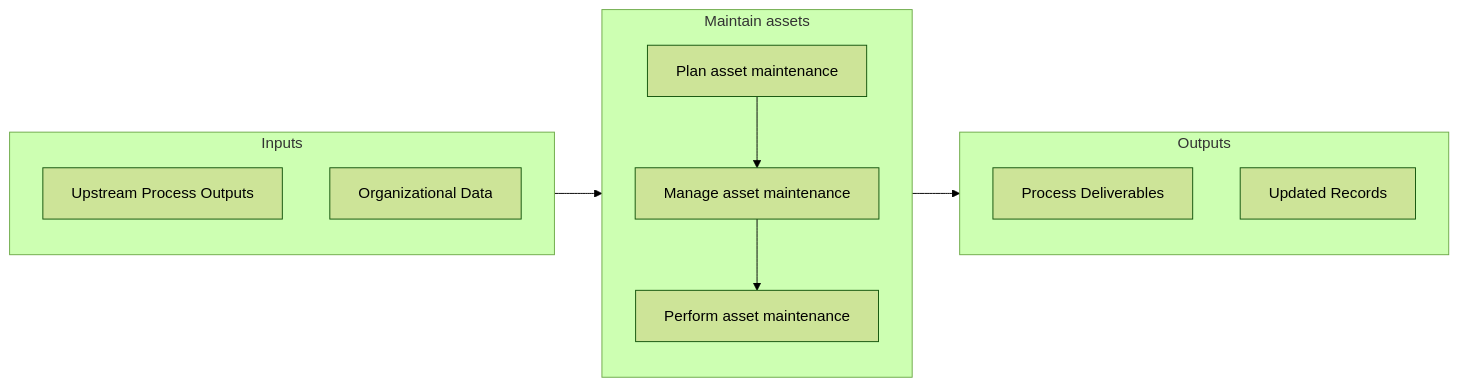
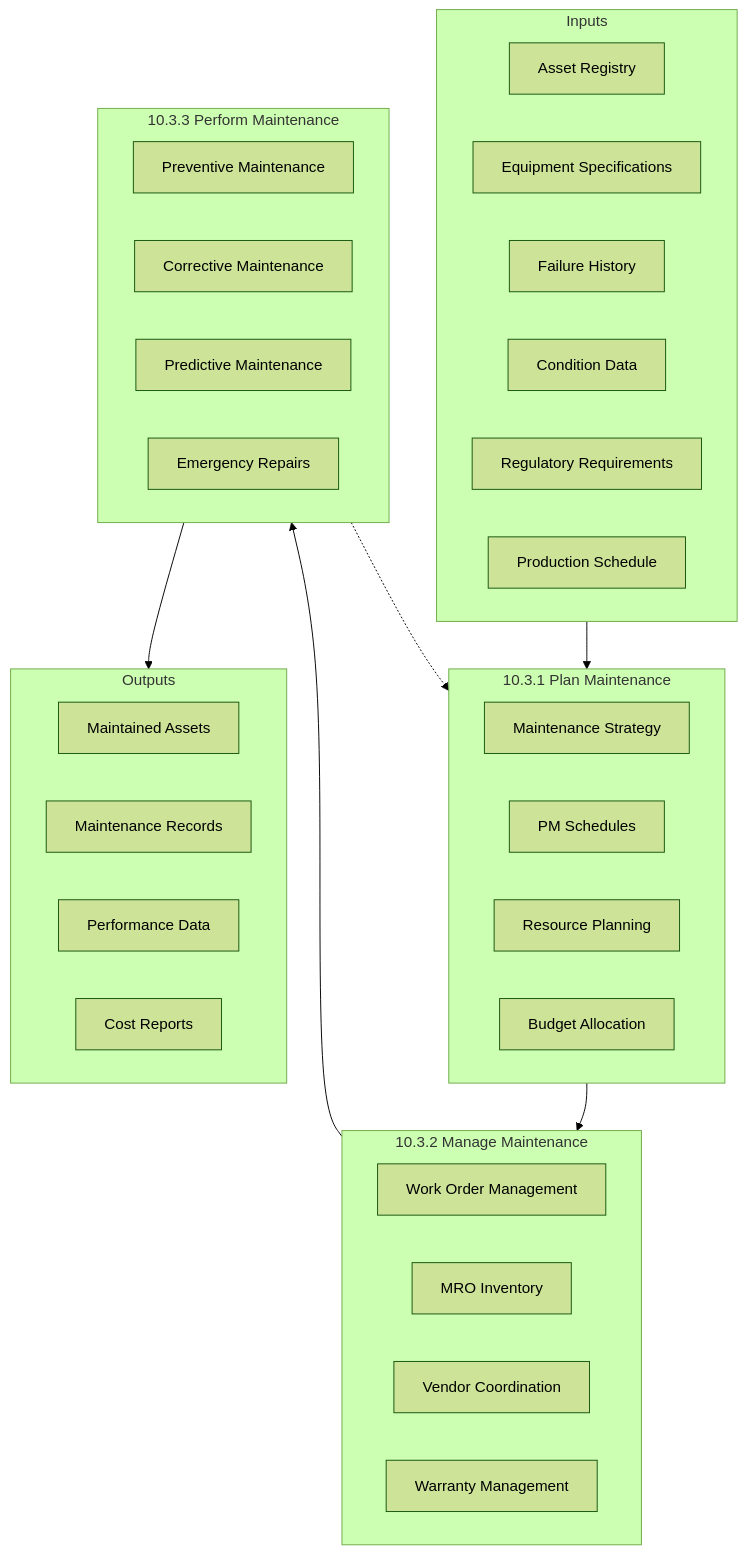
One commit to kziemski/business.org.ai changed the second of 3 diagrams in processes/10-Assets/10.3-MaintainAssets/index.mdx. Above: the diagram before and after it, drawn with Mermaid (forest theme). The commit also changed other lines of this file and 885 other files, not shown here.

````diff
--- a/processes/10-Assets/10.3-MaintainAssets/index.mdx
+++ b/processes/10-Assets/10.3-MaintainAssets/index.mdx
@@ -60,22 +61,45 @@
 ```mermaid
-flowchart LR
+flowchart TB
     subgraph Inputs["Inputs"]
-        I1["Upstream Process Outputs"]
-        I2["Organizational Data"]
+        I1["Asset Registry"]
+        I2["Equipment Specifications"]
+        I3["Failure History"]
+        I4["Condition Data"]
+        I5["Regulatory Requirements"]
+        I6["Production Schedule"]
     end
 
-    subgraph Process["Maintain assets"]
-        S1["Plan asset maintenance"]
-        S2["Manage asset maintenance"]
-        S3["Perform asset maintenance"]
+    subgraph Plan["10.3.1 Plan Maintenance"]
+        PL1["Maintenance Strategy"]
+        PL2["PM Schedules"]
+        PL3["Resource Planning"]
+        PL4["Budget Allocation"]
+    end
+
+    subgraph Manage["10.3.2 Manage Maintenance"]
+        MG1["Work Order Management"]
+        MG2["MRO Inventory"]
+        MG3["Vendor Coordination"]
+        MG4["Warranty Management"]
+    end
+
+    subgraph Perform["10.3.3 Perform Maintenance"]
+        PM1["Preventive Maintenance"]
+        PM2["Corrective Maintenance"]
+        PM3["Predictive Maintenance"]
+        PM4["Emergency Repairs"]
     end
 
     subgraph Outputs["Outputs"]
-        O1["Process Deliverables"]
-        O2["Updated Records"]
+        OUT1["Maintained Assets"]
+        OUT2["Maintenance Records"]
+        OUT3["Performance Data"]
+        OUT4["Cost Reports"]
     end
 
-    Inputs --> Process --> Outputs
-    S1 --> S2
-    S2 --> S3
+    Inputs --> Plan
+    Plan --> Manage
+    Manage --> Perform
+    Perform --> Outputs
+    Perform -.-> Plan
 ```
````
